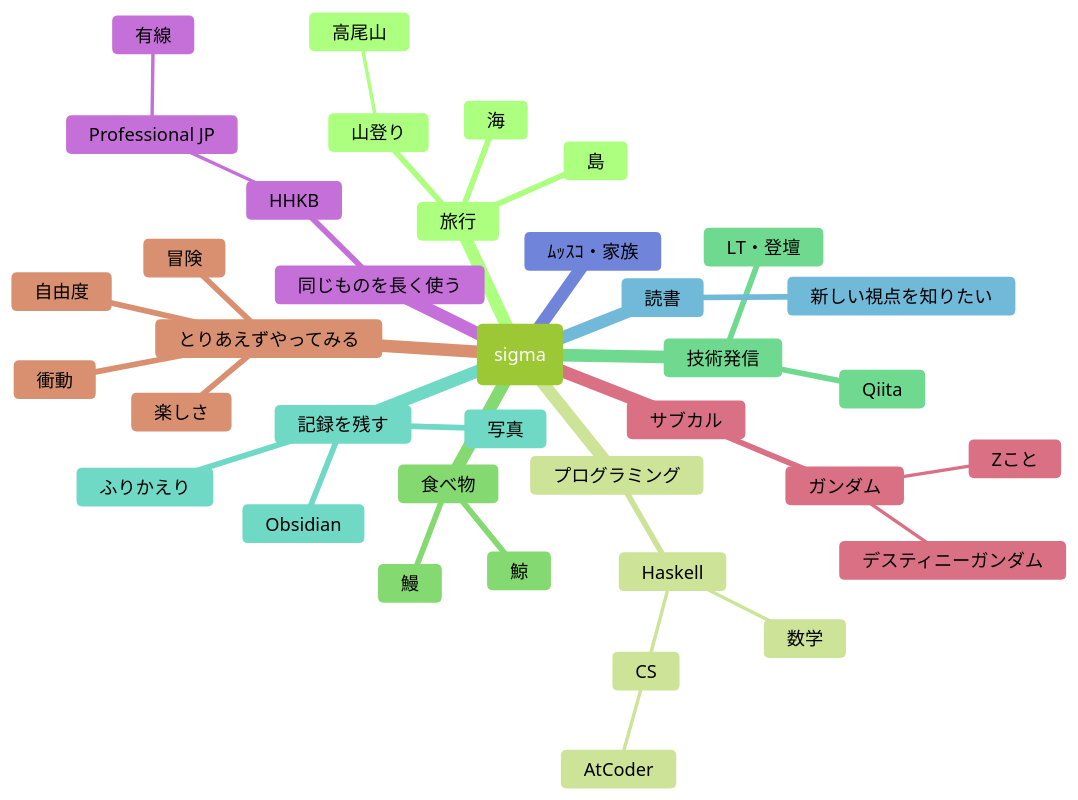
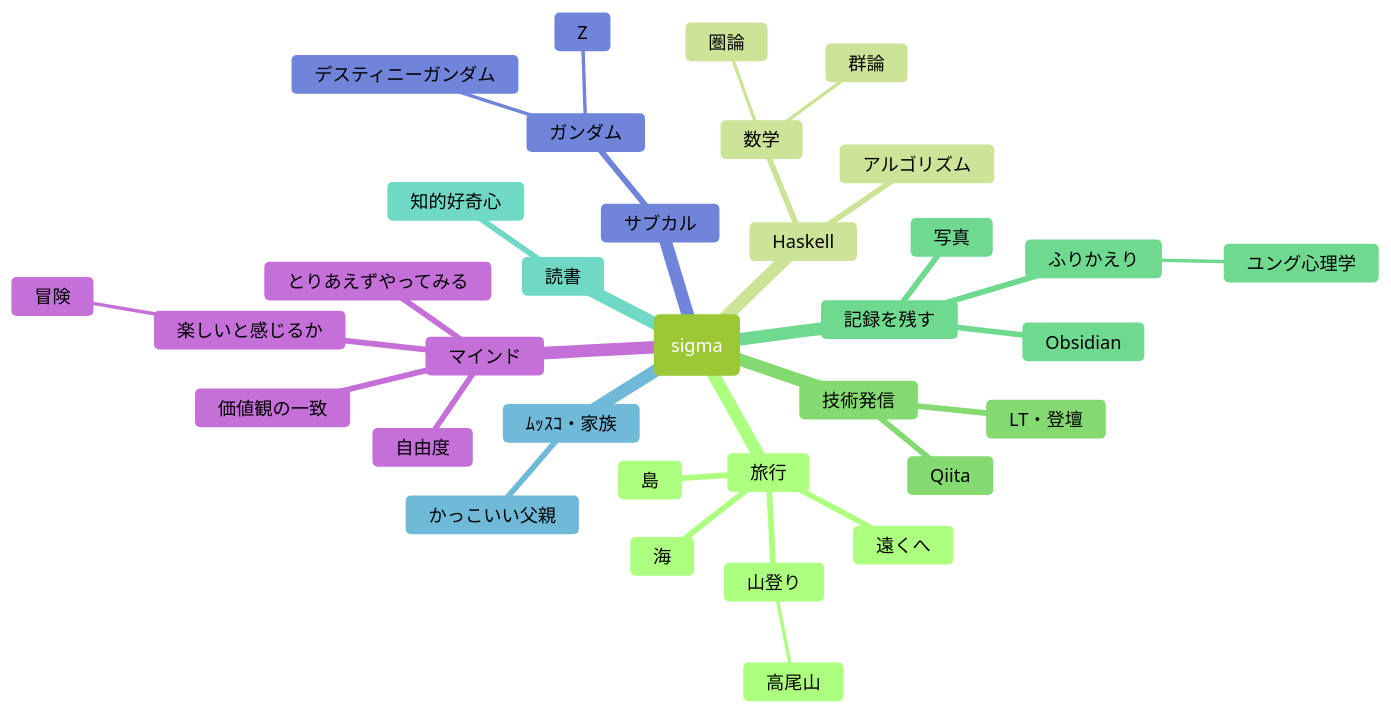
One commit to RyosukeDTomita/myblog changed the diagram in posts/my_interests.md. Above: the diagram before and after it, drawn with Mermaid (forest theme). The commit also changed other lines of this file and 4 other files, not shown here.

````diff
--- a/posts/my_interests.md
+++ b/posts/my_interests.md
@@ -7,40 +12,37 @@
 ```mermaid
 mindmap
 root(sigma)
   旅行
     海
     島
+    遠くへ
     山登り
       高尾山
-  プログラミング
-    Haskell
-      数学
-      CS
-        AtCoder
-  食べ物
-    鰻
-    鯨
+  Haskell
+    数学
+      圏論
+      群論
+    アルゴリズム
   技術発信
     Qiita
     LT・登壇
   記録を残す
     ふりかえり
+      ユング心理学
     Obsidian
     写真
   読書
-    新しい視点を知りたい
+    知的好奇心
   ﾑｯｽｺ・家族
-  同じものを長く使う
-    HHKB
-      Professional JP
-       有線
+    かっこいい父親
   サブカル
     ガンダム
       デスティニーガンダム
-      Zこと
-  とりあえずやってみる
-    衝動
-    楽しさ
+      Z
+  マインド
+    とりあえずやってみる
+    楽しいと感じるか
+      冒険
+    価値観の一致
     自由度
-    冒険
 ```
````
